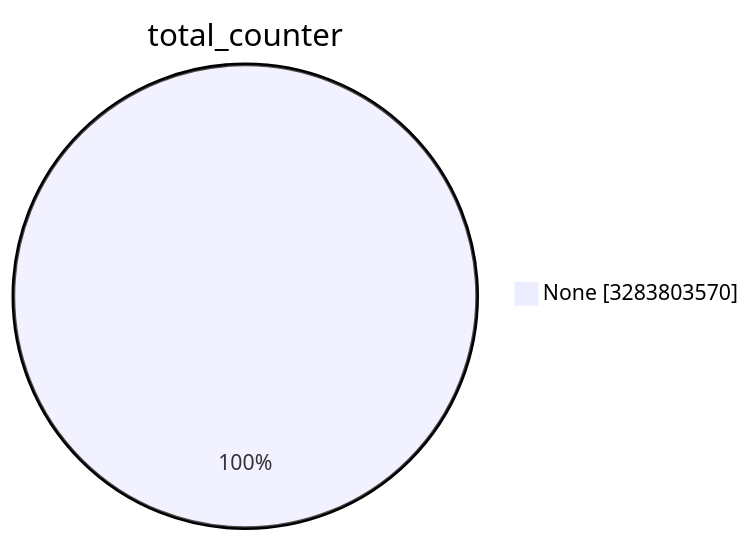
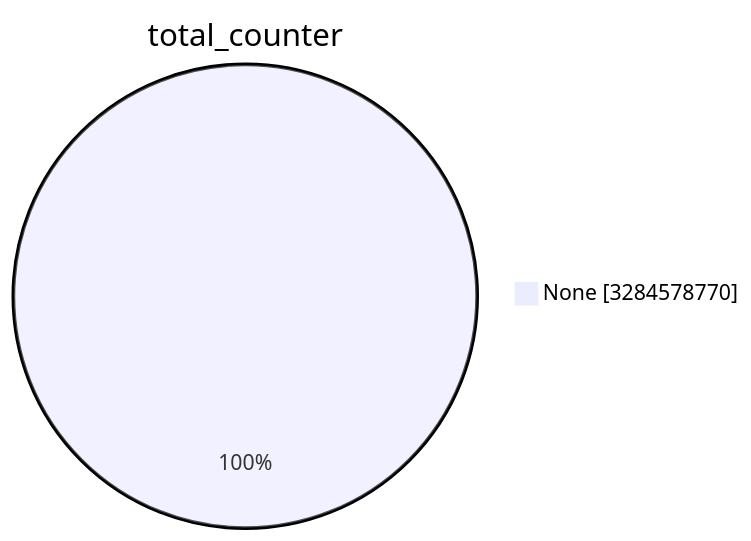
One commit to christiankrug/ctmonitor_visualization changed the first of 15 diagrams in TOTAL/README.md. Above: the diagram before and after it, drawn with Mermaid. The commit also changed other lines of this file, not shown here.

````diff
--- a/TOTAL/README.md
+++ b/TOTAL/README.md
@@ -1,5 +1,5 @@
 ```mermaid
 pie showData
 title total_counter
-"None" :3283803570
+"None" :3284578770
 ```
````
